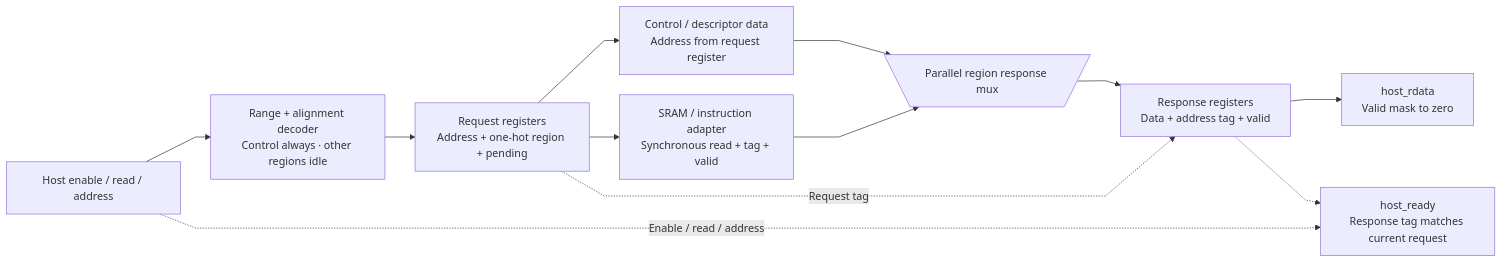
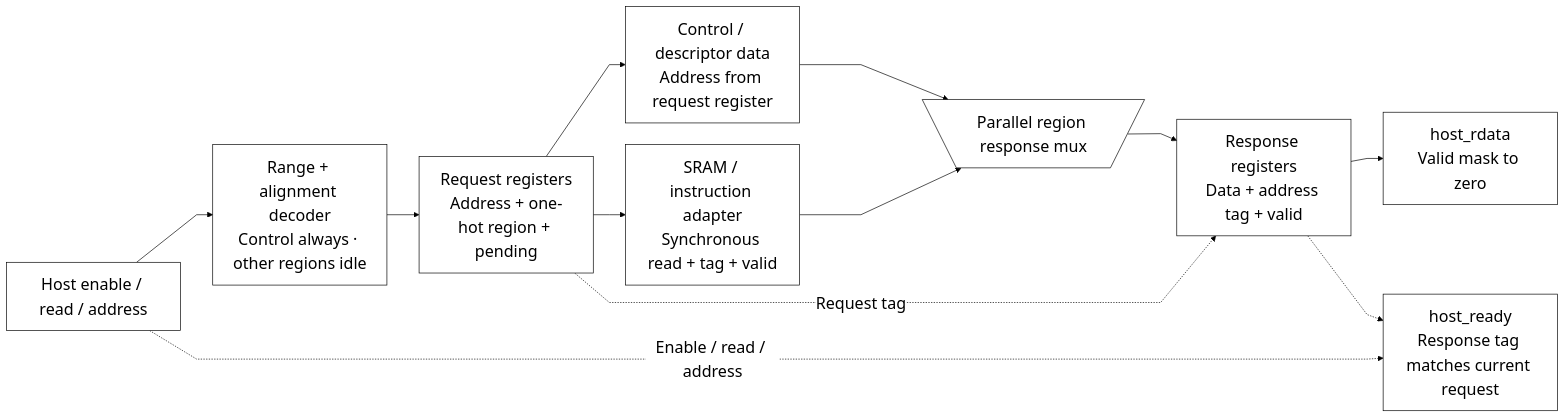
Before and after one commit to nguyennhutkhanhtom/NPU: the second of 3 diagrams in docs/source_guide/blocks/matmulfree.sv.md, drawn with Mermaid. The commit also changed other lines of this file and 102 other files, not shown here.

First line of the commit message:
docs: refresh guides and source-grounded RTL diagrams

````diff
--- a/docs/source_guide/blocks/matmulfree.sv.md
+++ b/docs/source_guide/blocks/matmulfree.sv.md
@@ -224,24 +226,26 @@
 ```mermaid
+%%{init: {"theme":"base","fontFamily":"Arial, sans-serif","themeVariables":{"fontSize":"24px","primaryColor":"#ffffff","primaryTextColor":"#000000","primaryBorderColor":"#000000","secondaryColor":"#ffffff","tertiaryColor":"#ffffff","lineColor":"#000000","textColor":"#000000","mainBkg":"#ffffff","nodeBorder":"#000000","clusterBkg":"#ffffff","clusterBorder":"#000000","edgeLabelBackground":"#ffffff"},"flowchart":{"htmlLabels":true,"useMaxWidth":false,"nodeSpacing":32,"rankSpacing":48,"curve":"linear","subGraphTitleMargin":{"top":16,"bottom":30}}}}%%
 flowchart LR
-%%{init: {"flowchart": {"nodeSpacing": 30, "rankSpacing": 45, "curve": "linear"}}}%%
-    H["Host enable / read / address"]
+H["Host enable / read / address"]
     D["Range + alignment decoder<br/>Control always · other regions idle"]
     R["Request registers<br/>Address + one-hot region + pending"]
     C["Control / descriptor data<br/>Address from request register"]
     M["SRAM / instruction adapter<br/>Synchronous read + tag + valid"]
     X@{ shape: trap-t, label: "Parallel region response mux" }
     P["Response registers<br/>Data + address tag + valid"]
     O["host_rdata<br/>Valid mask to zero"]
     A["host_ready<br/>Response tag matches current request"]
     H --> D
     D --> R
     R --> C
     R --> M
     C --> X
     M --> X
     X --> P
     R -.->|"Request tag"| P
     P --> O
     P -.-> A
     H -.->|"Enable / read / address"| A
+    classDef default fill:white,stroke:black,color:black,font-size:24px;
+    linkStyle default stroke:black,color:black;
 ```
````
